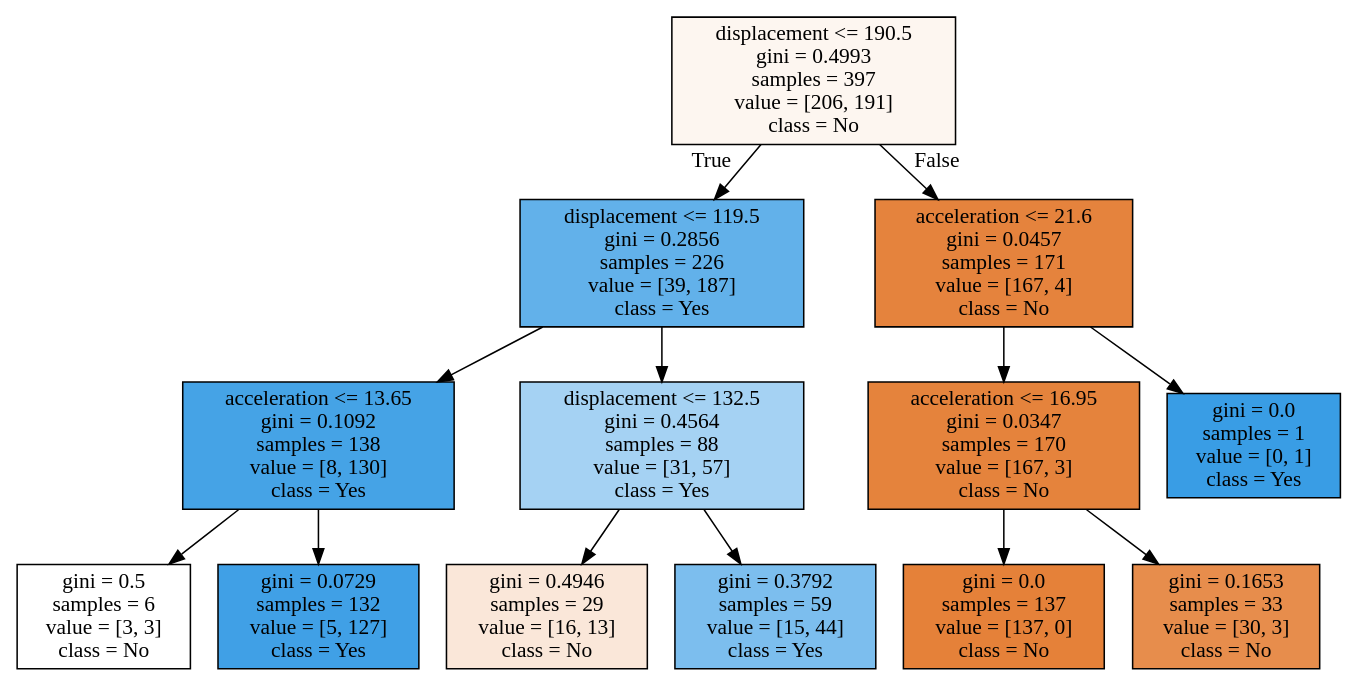
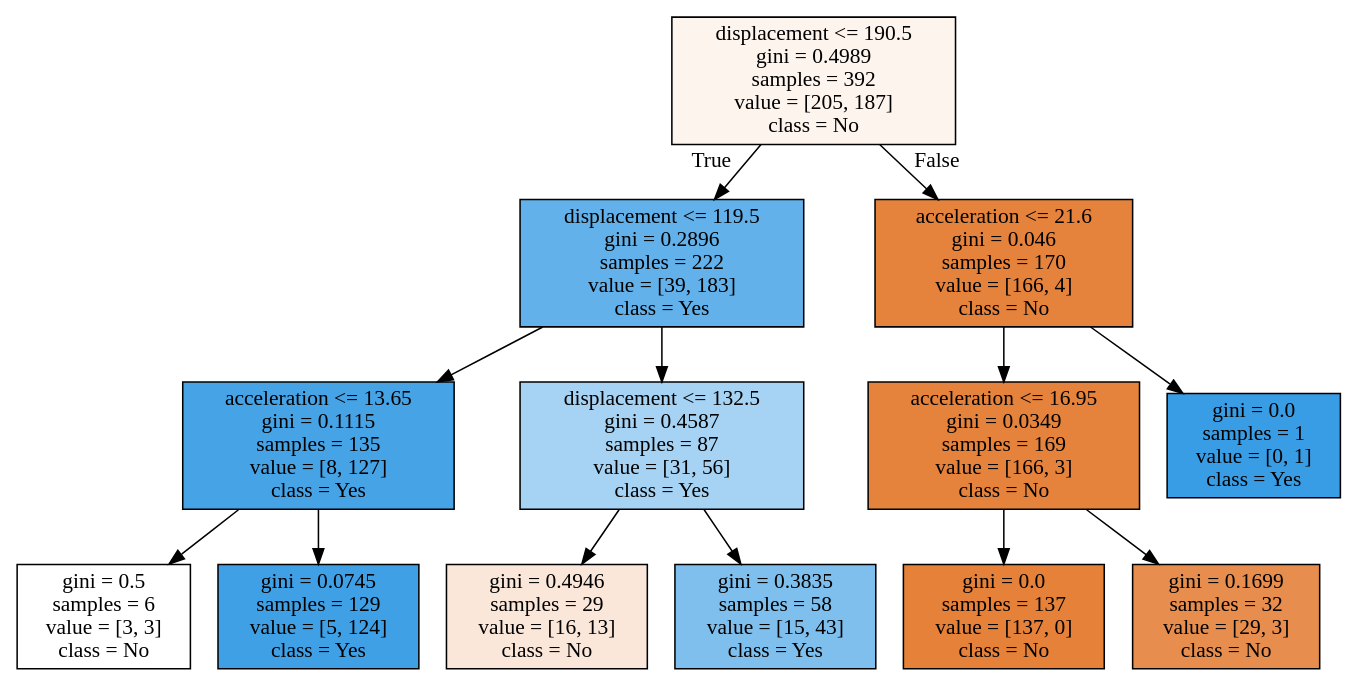
One commit to qingyuan1017/python_project changed the diagram in homework4/tree.dot. Above: the diagram before and after it, drawn with Graphviz. The commit also changed 274 other files, not shown here.

```diff
--- a/homework4/tree.dot
+++ b/homework4/tree.dot
@@ -1,28 +1,28 @@
 digraph Tree {
 node [shape=box, style="filled", color="black"] ;
-0 [label="displacement <= 190.5\ngini = 0.4993\nsamples = 397\nvalue = [206, 191]\nclass = No", fillcolor="#e5813913"] ;
-1 [label="displacement <= 119.5\ngini = 0.2856\nsamples = 226\nvalue = [39, 187]\nclass = Yes", fillcolor="#399de5ca"] ;
+0 [label="displacement <= 190.5\ngini = 0.4989\nsamples = 392\nvalue = [205, 187]\nclass = No", fillcolor="#e5813916"] ;
+1 [label="displacement <= 119.5\ngini = 0.2896\nsamples = 222\nvalue = [39, 183]\nclass = Yes", fillcolor="#399de5c9"] ;
 0 -> 1 [labeldistance=2.5, labelangle=45, headlabel="True"] ;
-2 [label="acceleration <= 13.65\ngini = 0.1092\nsamples = 138\nvalue = [8, 130]\nclass = Yes", fillcolor="#399de5ef"] ;
+2 [label="acceleration <= 13.65\ngini = 0.1115\nsamples = 135\nvalue = [8, 127]\nclass = Yes", fillcolor="#399de5ef"] ;
 1 -> 2 ;
 3 [label="gini = 0.5\nsamples = 6\nvalue = [3, 3]\nclass = No", fillcolor="#e5813900"] ;
 2 -> 3 ;
-4 [label="gini = 0.0729\nsamples = 132\nvalue = [5, 127]\nclass = Yes", fillcolor="#399de5f5"] ;
+4 [label="gini = 0.0745\nsamples = 129\nvalue = [5, 124]\nclass = Yes", fillcolor="#399de5f5"] ;
 2 -> 4 ;
-5 [label="displacement <= 132.5\ngini = 0.4564\nsamples = 88\nvalue = [31, 57]\nclass = Yes", fillcolor="#399de574"] ;
+5 [label="displacement <= 132.5\ngini = 0.4587\nsamples = 87\nvalue = [31, 56]\nclass = Yes", fillcolor="#399de572"] ;
 1 -> 5 ;
 6 [label="gini = 0.4946\nsamples = 29\nvalue = [16, 13]\nclass = No", fillcolor="#e5813930"] ;
 5 -> 6 ;
-7 [label="gini = 0.3792\nsamples = 59\nvalue = [15, 44]\nclass = Yes", fillcolor="#399de5a8"] ;
+7 [label="gini = 0.3835\nsamples = 58\nvalue = [15, 43]\nclass = Yes", fillcolor="#399de5a6"] ;
 5 -> 7 ;
-8 [label="acceleration <= 21.6\ngini = 0.0457\nsamples = 171\nvalue = [167, 4]\nclass = No", fillcolor="#e58139f9"] ;
+8 [label="acceleration <= 21.6\ngini = 0.046\nsamples = 170\nvalue = [166, 4]\nclass = No", fillcolor="#e58139f9"] ;
 0 -> 8 [labeldistance=2.5, labelangle=-45, headlabel="False"] ;
-9 [label="acceleration <= 16.95\ngini = 0.0347\nsamples = 170\nvalue = [167, 3]\nclass = No", fillcolor="#e58139fa"] ;
+9 [label="acceleration <= 16.95\ngini = 0.0349\nsamples = 169\nvalue = [166, 3]\nclass = No", fillcolor="#e58139fa"] ;
 8 -> 9 ;
 10 [label="gini = 0.0\nsamples = 137\nvalue = [137, 0]\nclass = No", fillcolor="#e58139ff"] ;
 9 -> 10 ;
-11 [label="gini = 0.1653\nsamples = 33\nvalue = [30, 3]\nclass = No", fillcolor="#e58139e6"] ;
+11 [label="gini = 0.1699\nsamples = 32\nvalue = [29, 3]\nclass = No", fillcolor="#e58139e5"] ;
 9 -> 11 ;
 12 [label="gini = 0.0\nsamples = 1\nvalue = [0, 1]\nclass = Yes", fillcolor="#399de5ff"] ;
 8 -> 12 ;
 }
```
